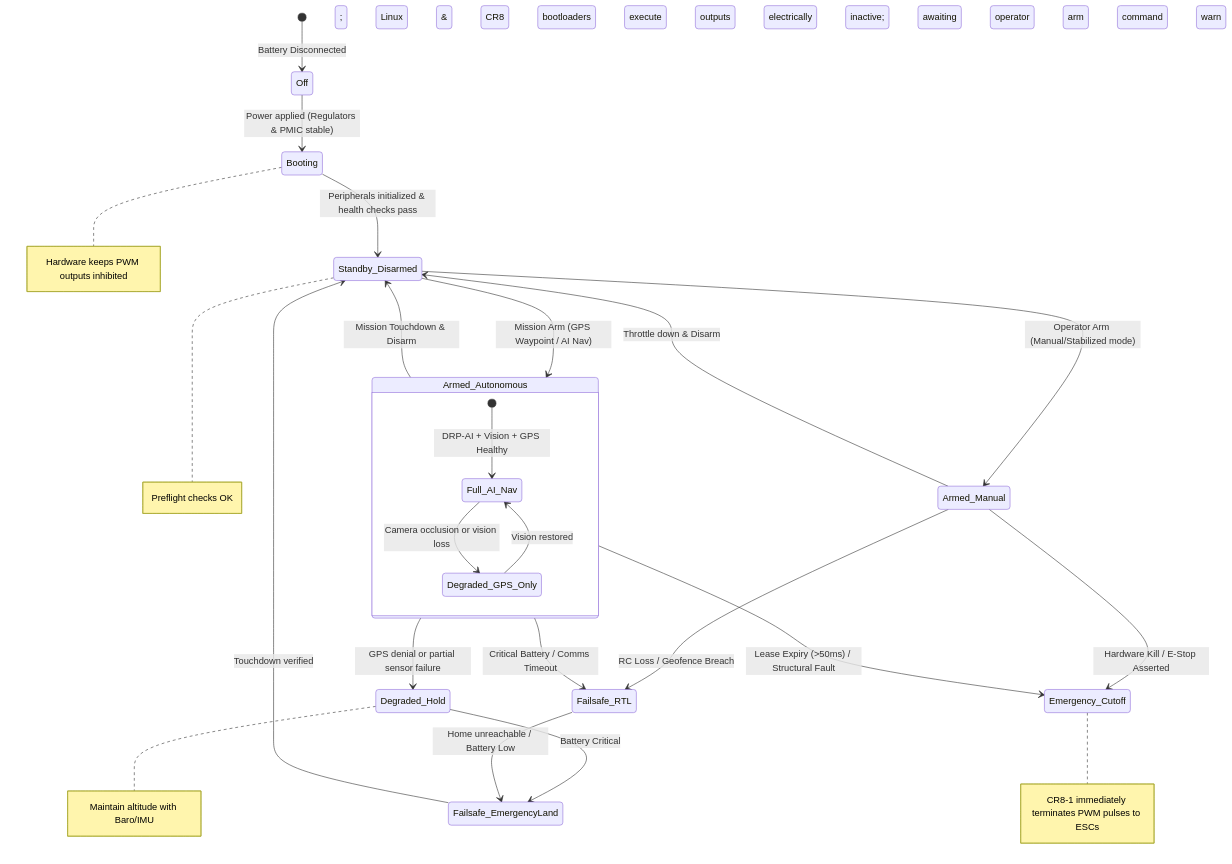
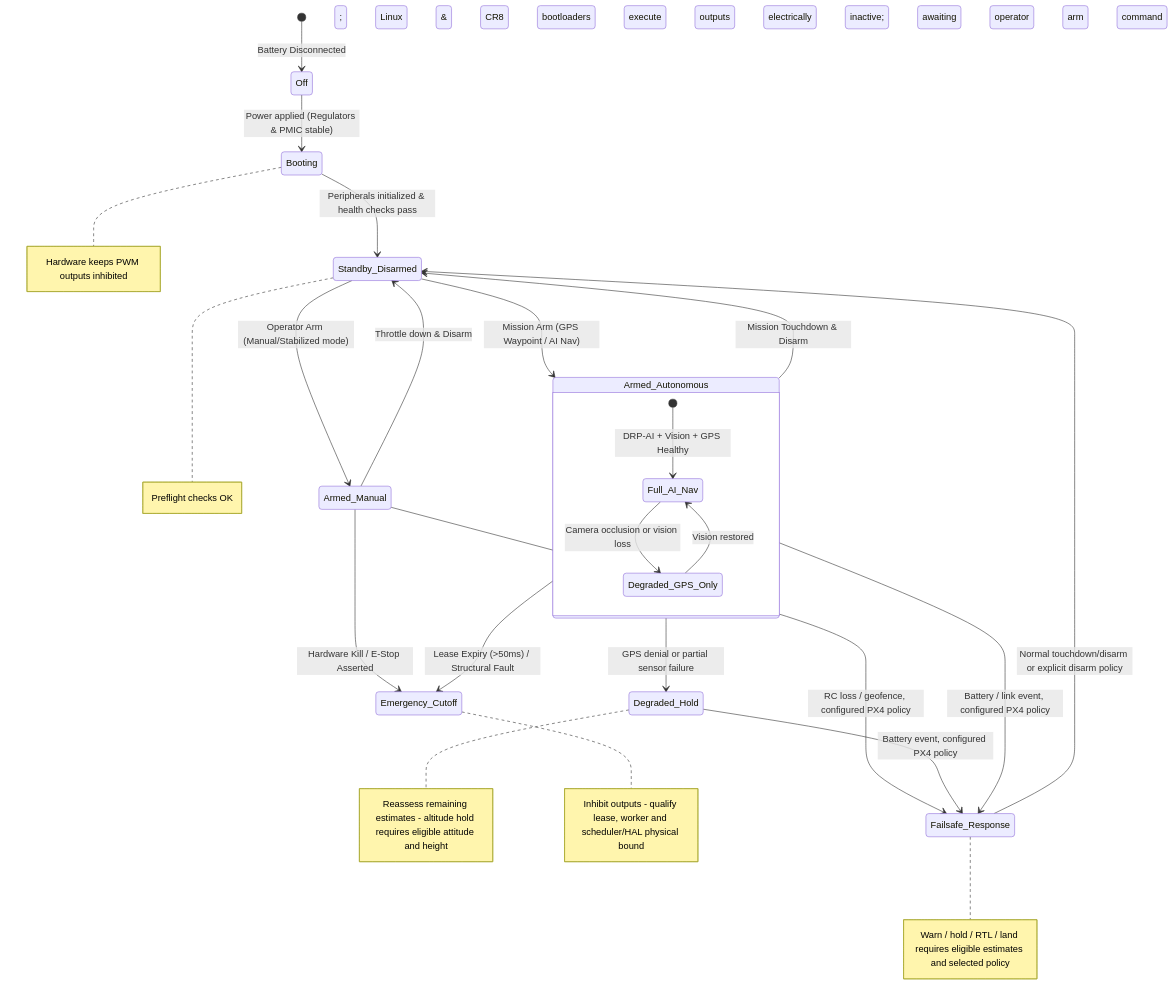
Before and after one commit to nguyentri/PX4-Autopilot: the fifth of 5 diagrams in docs/renesas/marketing/rzv2h-system-specification.md, drawn with Mermaid. The commit also changed other lines of this file and 14 other files, not shown here.

````diff
--- a/docs/renesas/marketing/rzv2h-system-specification.md
+++ b/docs/renesas/marketing/rzv2h-system-specification.md
@@ -592,36 +592,36 @@
 ```mermaid
 stateDiagram-v2
     [*] --> Off : Battery Disconnected
 
     Off --> Booting : Power applied (Regulators & PMIC stable)
     note right of Booting : Hardware keeps PWM outputs inhibited; Linux & CR8 bootloaders execute
 
     Booting --> Standby_Disarmed : Peripherals initialized & health checks pass
     note right of Standby_Disarmed : Preflight checks OK; outputs electrically inactive; awaiting operator arm command
 
     Standby_Disarmed --> Armed_Manual : Operator Arm (Manual/Stabilized mode)
     Standby_Disarmed --> Armed_Autonomous : Mission Arm (GPS Waypoint / AI Nav)
 
     state Armed_Autonomous {
         [*] --> Full_AI_Nav : DRP-AI + Vision + GPS Healthy
         Full_AI_Nav --> Degraded_GPS_Only : Camera occlusion or vision loss
         Degraded_GPS_Only --> Full_AI_Nav : Vision restored
     }
 
     Armed_Autonomous --> Degraded_Hold : GPS denial or partial sensor failure
-    note right of Degraded_Hold : Maintain altitude with Baro/IMU; warn operator
+    note right of Degraded_Hold : Reassess remaining estimates - altitude hold requires eligible attitude and height
 
     Armed_Manual --> Standby_Disarmed : Throttle down & Disarm
     Armed_Autonomous --> Standby_Disarmed : Mission Touchdown & Disarm
 
-    Armed_Manual --> Failsafe_RTL : RC Loss / Geofence Breach
-    Armed_Autonomous --> Failsafe_RTL : Critical Battery / Comms Timeout
-    Degraded_Hold --> Failsafe_EmergencyLand : Battery Critical
+    Armed_Manual --> Failsafe_Response : RC loss / geofence, configured PX4 policy
+    Armed_Autonomous --> Failsafe_Response : Battery / link event, configured PX4 policy
+    Degraded_Hold --> Failsafe_Response : Battery event, configured PX4 policy
 
-    Failsafe_RTL --> Failsafe_EmergencyLand : Home unreachable / Battery Low
-    Failsafe_EmergencyLand --> Standby_Disarmed : Touchdown verified
+    note right of Failsafe_Response : Warn / hold / RTL / land requires eligible estimates and selected policy
+    Failsafe_Response --> Standby_Disarmed : Normal touchdown/disarm or explicit disarm policy
 
     Armed_Manual --> Emergency_Cutoff : Hardware Kill / E-Stop Asserted
     Armed_Autonomous --> Emergency_Cutoff : Lease Expiry (>50ms) / Structural Fault
-    note right of Emergency_Cutoff : CR8-1 immediately terminates PWM pulses to ESCs
+    note right of Emergency_Cutoff : Inhibit outputs - qualify lease, worker and scheduler/HAL physical bound
 ```
````
